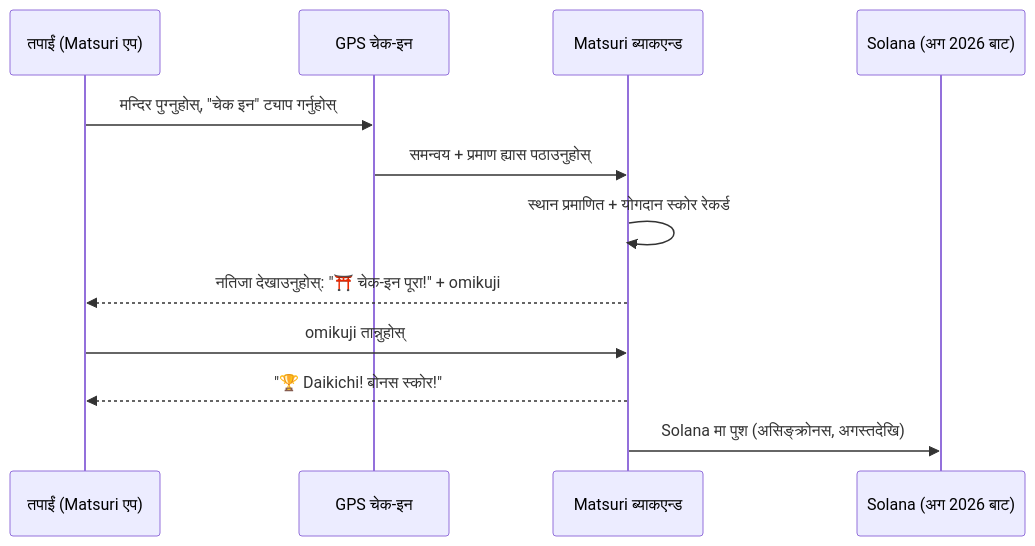
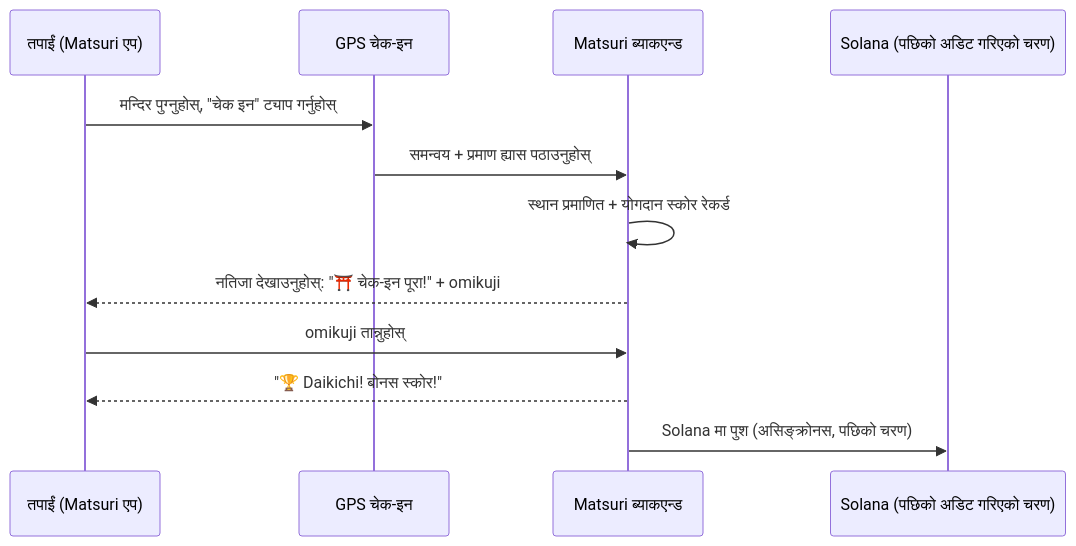
Before and after one commit to Cootakahashi/matsuri-dao-whitepaper: the third of 4 diagrams in i18n/ne/docusaurus-plugin-content-docs/current/04-mining.md, drawn with Mermaid. The commit also changed other lines of this file and 79 other files, not shown here.

First line of the commit message:
docs: re-sequence on-chain roadmap to match the staged Hashlock audit (20 locales)

````diff
--- a/i18n/ne/docusaurus-plugin-content-docs/current/04-mining.md
+++ b/i18n/ne/docusaurus-plugin-content-docs/current/04-mining.md
@@ -109,15 +109,15 @@
 ```mermaid
 sequenceDiagram
     participant U as तपाईं (Matsuri एप)
     participant GPS as GPS चेक-इन
     participant API as Matsuri ब्याकएन्ड
-    participant SC as Solana (अग 2026 बाट)
+    participant SC as Solana (पछिको अडिट गरिएको चरण)
 
     U->>GPS: मन्दिर पुग्नुहोस्, "चेक इन" ट्याप गर्नुहोस्
     GPS->>API: समन्वय + प्रमाण ह्यास पठाउनुहोस्
     API->>API: स्थान प्रमाणित + योगदान स्कोर रेकर्ड
     API-->>U: नतिजा देखाउनुहोस्: "⛩️ चेक-इन पूरा!" + omikuji
     U->>API: omikuji तान्नुहोस्
     API-->>U: "🏆 Daikichi! बोनस स्कोर!"
-    API->>SC: Solana मा पुश (असिङ्क्रोनस, अगस्तदेखि)
+    API->>SC: Solana मा पुश (असिङ्क्रोनस, पछिको चरण)
 ```
````
